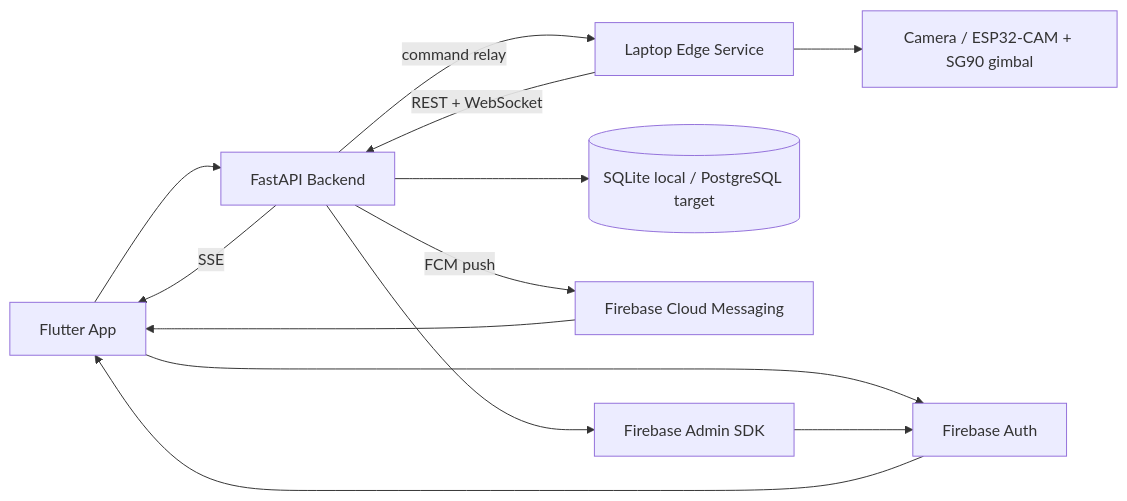
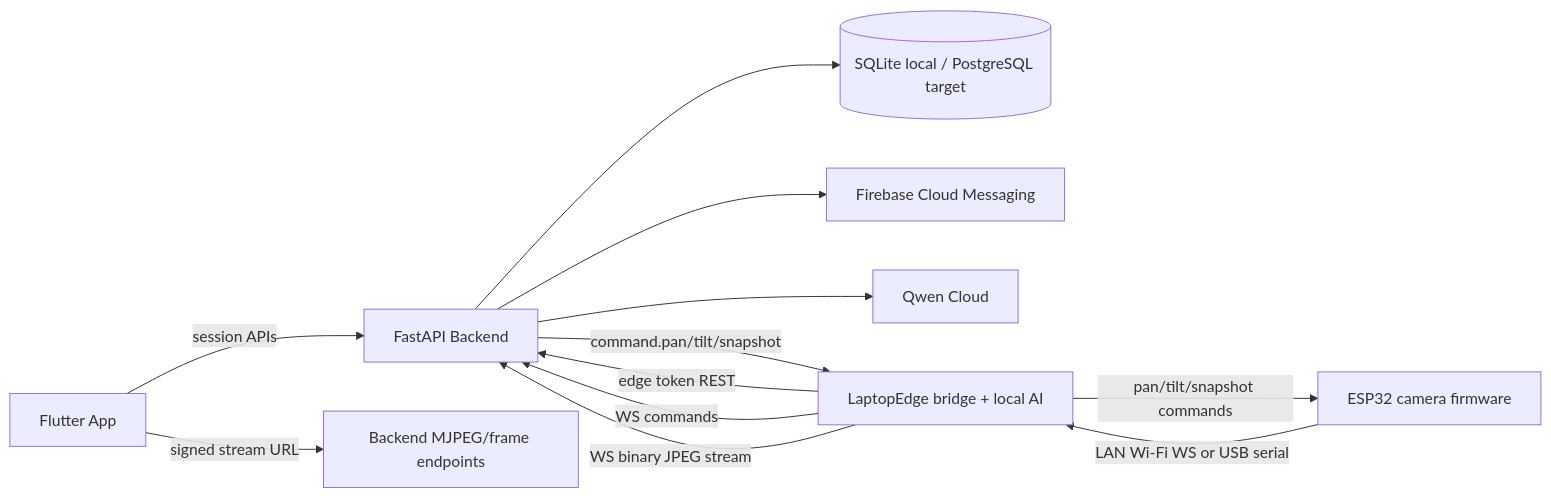
The first of 6 diagrams in docs/backend/architecture.md (nickyui99/erlang-ai-vision-fullstack), drawn with Mermaid before and after one commit. The commit also changed other lines of this file and 8 other files, not shown here.

Commit message:
Update docs for current fullstack edge flow

````diff
--- a/docs/backend/architecture.md
+++ b/docs/backend/architecture.md
@@ -7,15 +24,16 @@
 ```mermaid
 flowchart LR
-    Flutter[Flutter App] --> Firebase[Firebase Auth]
-    Firebase --> Flutter
-    Flutter --> Backend[FastAPI Backend]
-    Backend --> FirebaseAdmin[Firebase Admin SDK]
-    FirebaseAdmin --> Firebase
-    Backend --> Database[(SQLite local / PostgreSQL target)]
-    Backend -->|SSE| Flutter
-    Backend -->|FCM push| FCM[Firebase Cloud Messaging]
-    FCM --> Flutter
-    Edge[Laptop Edge Service] -->|REST + WebSocket| Backend
-    Backend -->|command relay| Edge
-    Edge --> Camera[Camera / ESP32-CAM + SG90 gimbal]
+    App[Flutter App] -->|session APIs| Backend[FastAPI Backend]
+    App -->|signed stream URL| Stream[Backend MJPEG/frame endpoints]
+    Backend --> DB[(SQLite local / PostgreSQL target)]
+    Backend --> FCM[Firebase Cloud Messaging]
+    Backend --> Qwen[Qwen Cloud]
+
+    Edge[LaptopEdge bridge + local AI] -->|edge token REST| Backend
+    Edge -->|WS commands| Backend
+    Edge -->|WS binary JPEG stream| Backend
+    Backend -->|command.pan/tilt/snapshot| Edge
+
+    Camera[ESP32 camera firmware] -->|LAN Wi-Fi WS or USB serial| Edge
+    Edge -->|pan/tilt/snapshot commands| Camera
 ```
````
